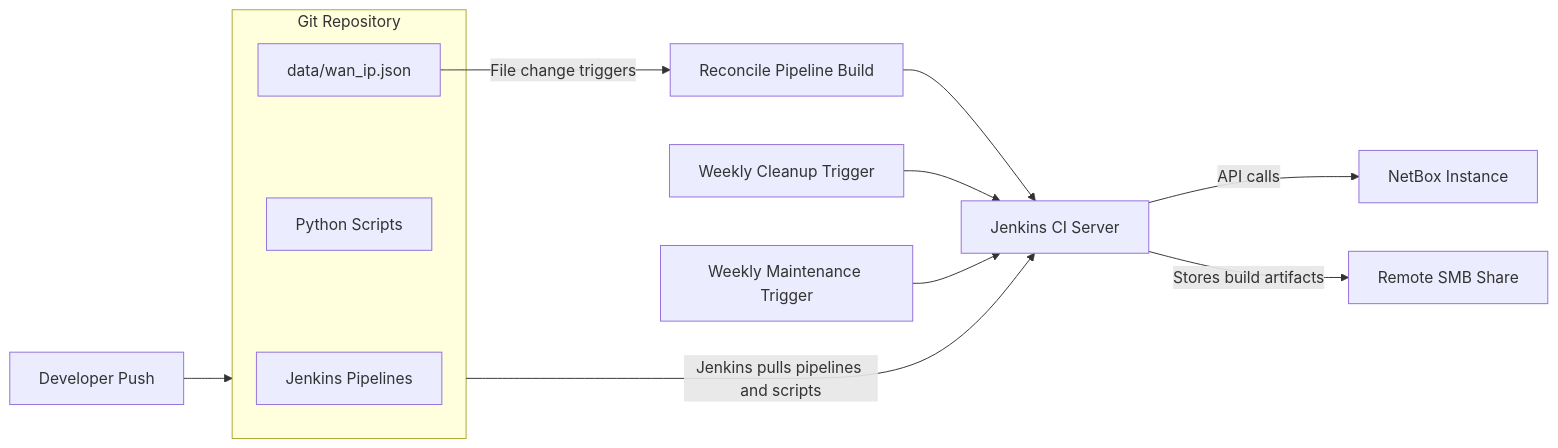
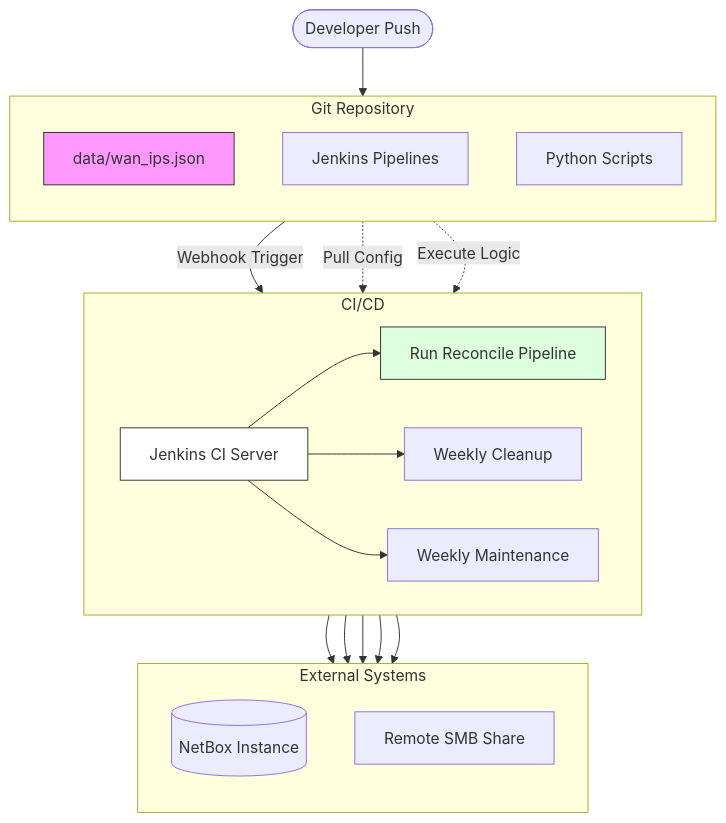
One commit to wondering-packet/netbox changed the diagram in instructions.md. Above: the diagram before and after it, drawn with Mermaid. The commit also changed other lines of this file, not shown here.

Commit message:
doc: updated architecture diagram

````diff
--- a/instructions.md
+++ b/instructions.md
@@ -3,23 +3,43 @@
 ```mermaid
-flowchart LR
+flowchart TD
+    %% Actor
+    Dev([Developer Push]) --> DataFile
 
-  Dev[Developer Push] --> Git
+    subgraph Git_Repo [Git Repository]
+        direction TB
+        DataFile[data/wan_ips.json]
+        Pipelines[Jenkins Pipelines]
+        Scripts[Python Scripts]
+    end
 
-  subgraph Git[Git Repository]
-    Pipelines[Jenkins Pipelines]
-    Scripts[Python Scripts]
-    DataFile[data/wan_ip.json]
-  end
+    %% Trigger Sequence - Fixed Labels
+    DataFile -->|"Webhook Trigger"| Jenkins[Jenkins CI Server]
+    Pipelines -.->|"Pull Config"| Jenkins
+    Scripts -.->|"Execute Logic"| Jenkins
 
-  Git -->|Jenkins pulls pipelines and scripts| Jenkins[Jenkins CI Server]
+    subgraph Automation [CI/CD]
+        direction LR
+        Jenkins --> Reconcile[Run Reconcile Pipeline]
+        Jenkins --> Cleanup[Weekly Cleanup]
+        Jenkins --> Maint[Weekly Maintenance]
+    end
 
-  Jenkins -->|API calls| NetBox[NetBox Instance]
-  Jenkins -->|Stores build artifacts| SMB[Remote SMB Share]
+    subgraph Systems [External Systems]
+        direction TB
+        NetBox[(NetBox Instance)]
+        SMB[Remote SMB Share]
+    end
 
-  DataFile -->|File change triggers| Reconcile[Reconcile Pipeline Build]
-  Reconcile --> Jenkins
+    %% Connections
+    Reconcile --> NetBox
+    Cleanup --> NetBox
+    
+    Reconcile --> SMB
+    Cleanup --> SMB
+    Maint --> SMB
 
-  Cleanup[Weekly Cleanup Trigger] --> Jenkins
-  Maintenance[Weekly Maintenance Trigger] --> Jenkins
-
+    %% Styling
+    style DataFile fill:#f9f,stroke:#333
+    style Reconcile fill:#dfd,stroke:#333
+    style Jenkins fill:#fff,stroke:#333
 ```
````
